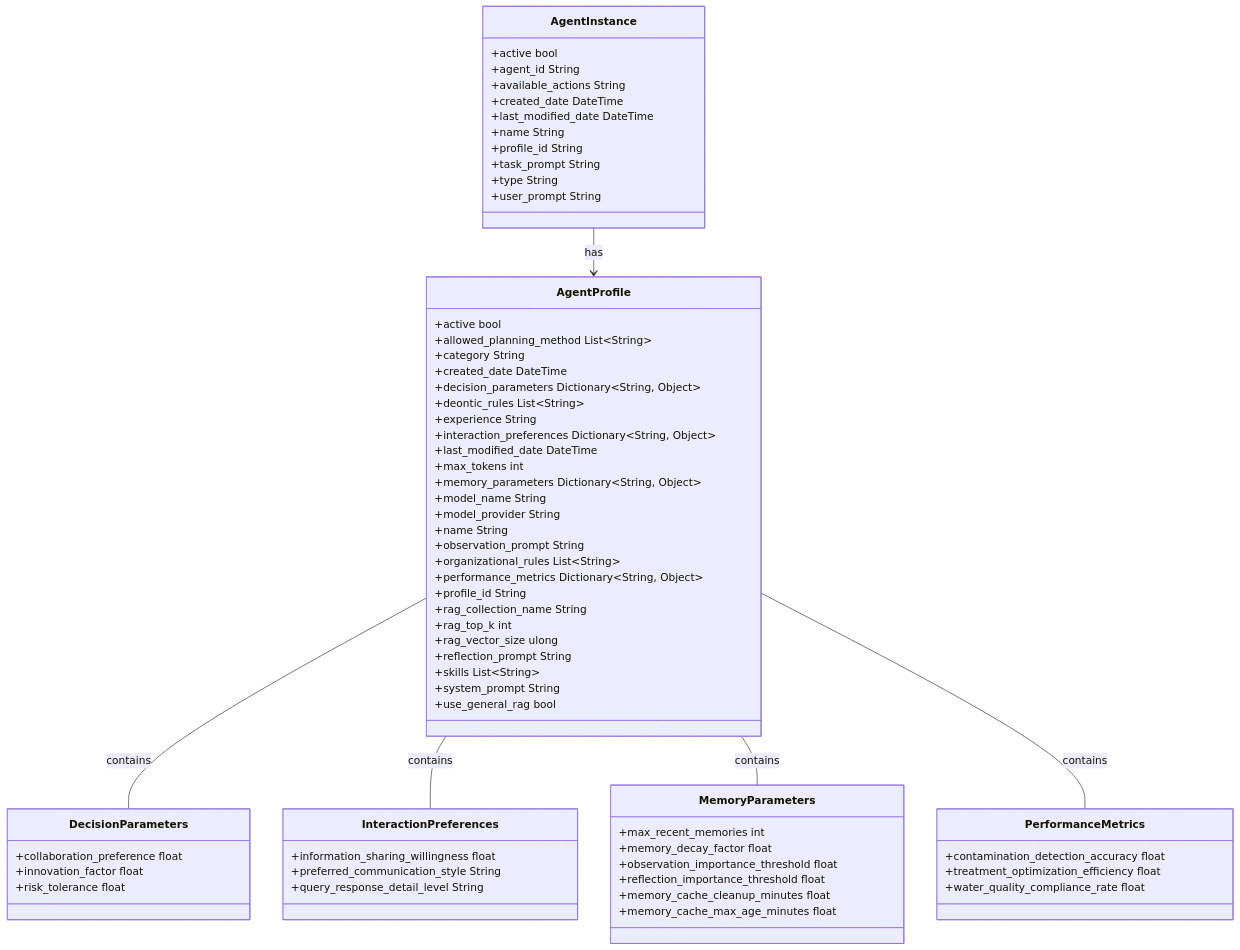
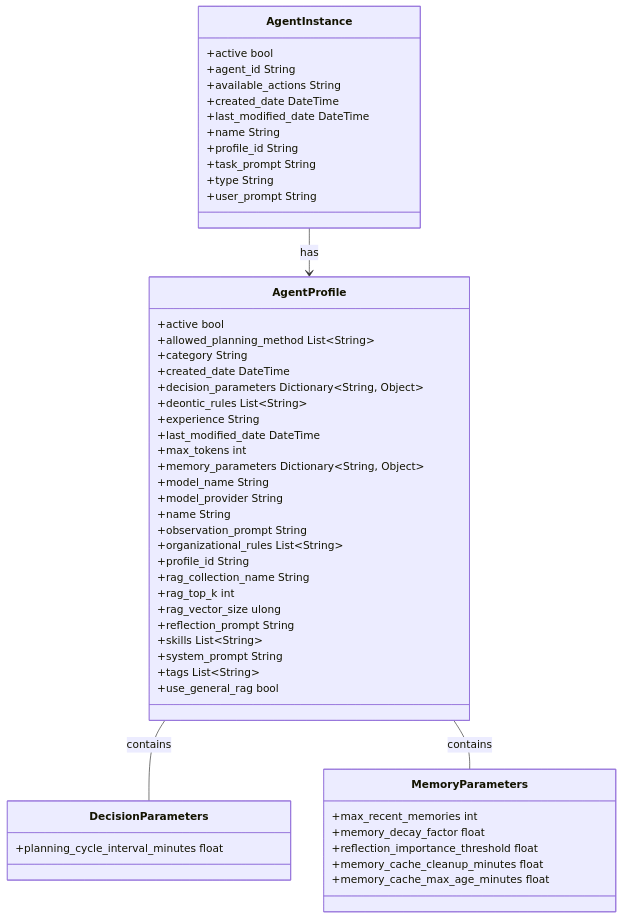
Before and after one commit to XMPro/Multi-Agent: the diagram in docs/architecture/agent_architecture.md, drawn with Mermaid. The commit also changed other lines of this file and 4 other files, not shown here.

````diff
--- a/docs/architecture/agent_architecture.md
+++ b/docs/architecture/agent_architecture.md
@@ -18,77 +18,59 @@
 ```mermaid
 classDiagram
     class AgentProfile {
         +active bool
         +allowed_planning_method List~String~
         +category String
         +created_date DateTime
         +decision_parameters Dictionary~String, Object~
         +deontic_rules List~String~
         +experience String
-        +interaction_preferences Dictionary~String, Object~
         +last_modified_date DateTime
         +max_tokens int
         +memory_parameters Dictionary~String, Object~
         +model_name String
         +model_provider String
         +name String
         +observation_prompt String
         +organizational_rules List~String~
-        +performance_metrics Dictionary~String, Object~
         +profile_id String
         +rag_collection_name String
         +rag_top_k int
         +rag_vector_size ulong
         +reflection_prompt String
         +skills List~String~
         +system_prompt String
+        +tags List~String~
         +use_general_rag bool
     }
     
     class AgentInstance {
         +active bool
         +agent_id String
         +available_actions String
         +created_date DateTime
         +last_modified_date DateTime
         +name String
         +profile_id String
         +task_prompt String
         +type String
         +user_prompt String
     }
     
     AgentInstance --> AgentProfile : has
 
     class DecisionParameters {
-        +collaboration_preference float
-        +innovation_factor float
-        +risk_tolerance float
-    }
-
-    class InteractionPreferences {
-        +information_sharing_willingness float
-        +preferred_communication_style String
-        +query_response_detail_level String
+        +planning_cycle_interval_minutes float
     }
 
     class MemoryParameters {
         +max_recent_memories int
         +memory_decay_factor float
-        +observation_importance_threshold float
         +reflection_importance_threshold float
         +memory_cache_cleanup_minutes float
         +memory_cache_max_age_minutes float
     }
 
-    class PerformanceMetrics {
-        +contamination_detection_accuracy float
-        +treatment_optimization_efficiency float
-        +water_quality_compliance_rate float
-    }
-
     AgentProfile -- DecisionParameters : contains
-    AgentProfile -- InteractionPreferences : contains
     AgentProfile -- MemoryParameters : contains
-    AgentProfile -- PerformanceMetrics : contains
 ```
````
